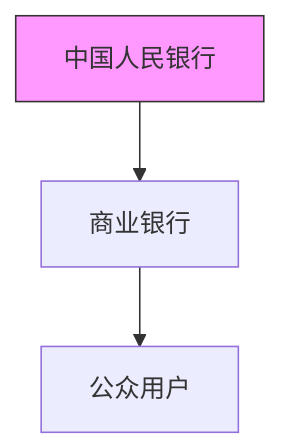
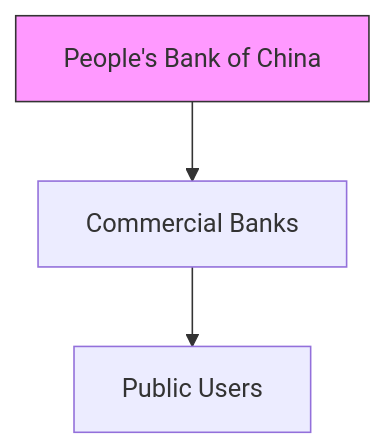
The first of 6 diagrams in files/rmb.md (liweinan/deepseek-answers), drawn with Mermaid before and after one commit. The commit also changed other lines of this file and 13 other files, not shown here.

````diff
--- a/files/rmb.md
+++ b/files/rmb.md
@@ -30,6 +30,6 @@
   ```mermaid
   graph TD
-    A[中国人民银行] --> B[商业银行]
-    B --> C[公众用户]
+    A[People's Bank of China] --> B[Commercial Banks]
+    B --> C[Public Users]
     style A fill:#f9f,stroke:#333
   ```
````
